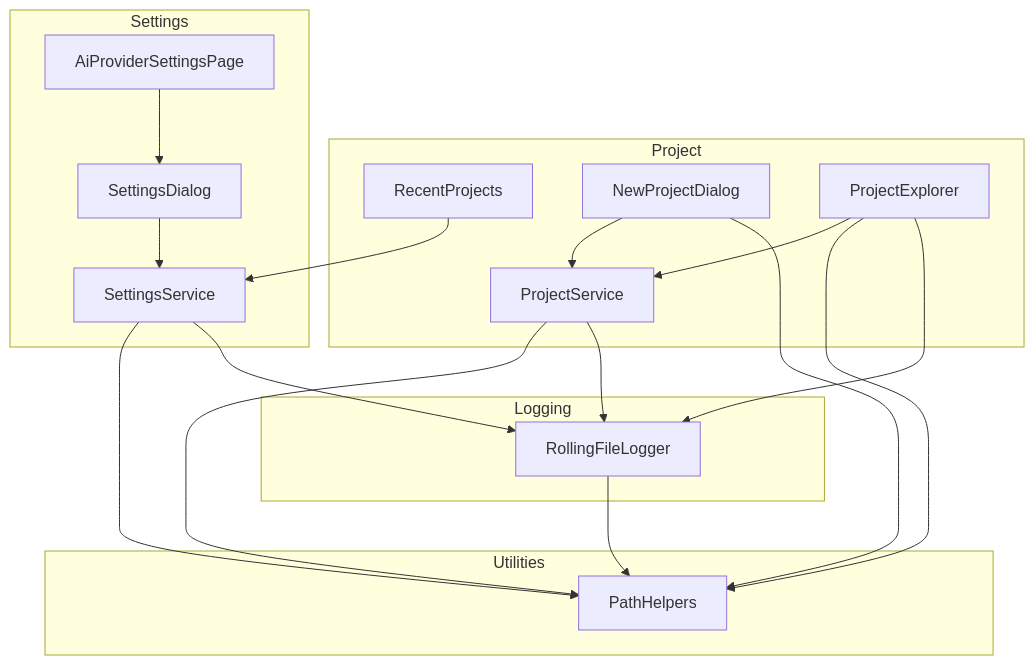
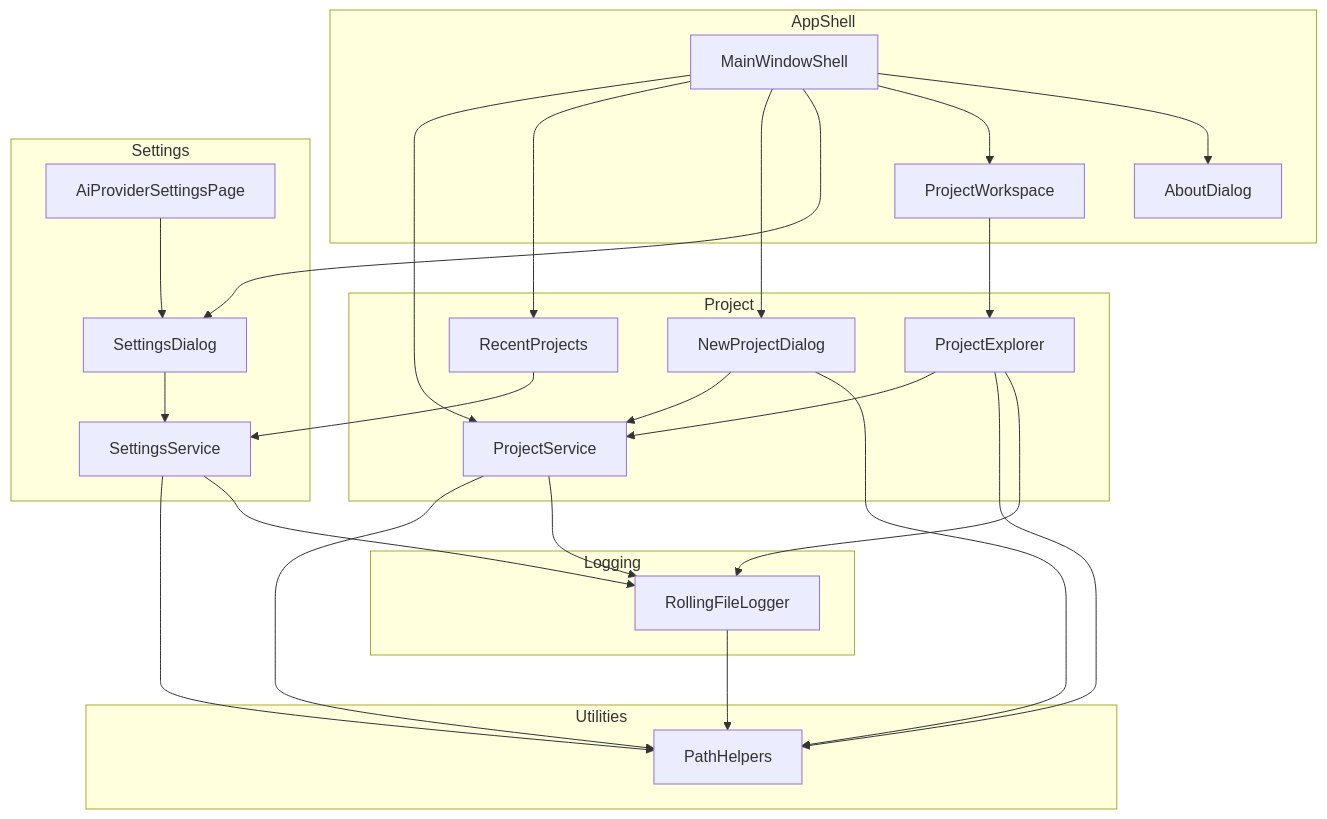
The diagram in docs/design/canvas-pilot.md (demaconsulting/CanvasPilot), drawn with Mermaid before and after one commit. The commit also changed other lines of this file and 54 other files, not shown here.

Commit message:
S4b: app shell subsystem

````diff
--- a/docs/design/canvas-pilot.md
+++ b/docs/design/canvas-pilot.md
@@ -12,33 +12,45 @@
 ```mermaid
 flowchart TD
+    subgraph AppShell
+        MainWindowShell
+        ProjectWorkspace
+        AboutDialog
+    end
     subgraph Logging
         RollingFileLogger
     end
     subgraph Project
         ProjectService
         RecentProjects
         NewProjectDialog
         ProjectExplorer
     end
     subgraph Settings
         SettingsService
         SettingsDialog
         AiProviderSettingsPage
     end
     subgraph Utilities
         PathHelpers
     end
     RollingFileLogger --> PathHelpers
     ProjectService --> PathHelpers
     ProjectService --> RollingFileLogger
     RecentProjects --> SettingsService
     NewProjectDialog --> ProjectService
     NewProjectDialog --> PathHelpers
     ProjectExplorer --> ProjectService
     ProjectExplorer --> PathHelpers
     ProjectExplorer --> RollingFileLogger
     SettingsService --> PathHelpers
     SettingsService --> RollingFileLogger
     SettingsDialog --> SettingsService
     AiProviderSettingsPage --> SettingsDialog
+    MainWindowShell --> ProjectService
+    MainWindowShell --> RecentProjects
+    MainWindowShell --> NewProjectDialog
+    MainWindowShell --> SettingsDialog
+    MainWindowShell --> ProjectWorkspace
+    MainWindowShell --> AboutDialog
+    ProjectWorkspace --> ProjectExplorer
 ```
````
